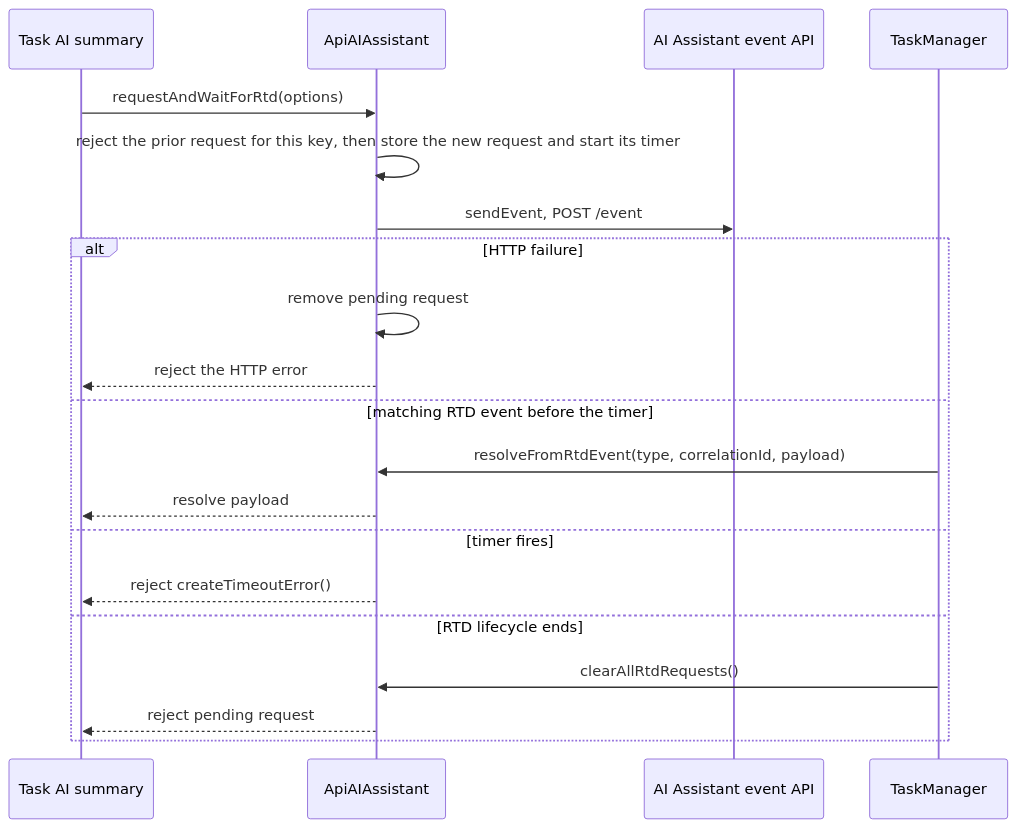
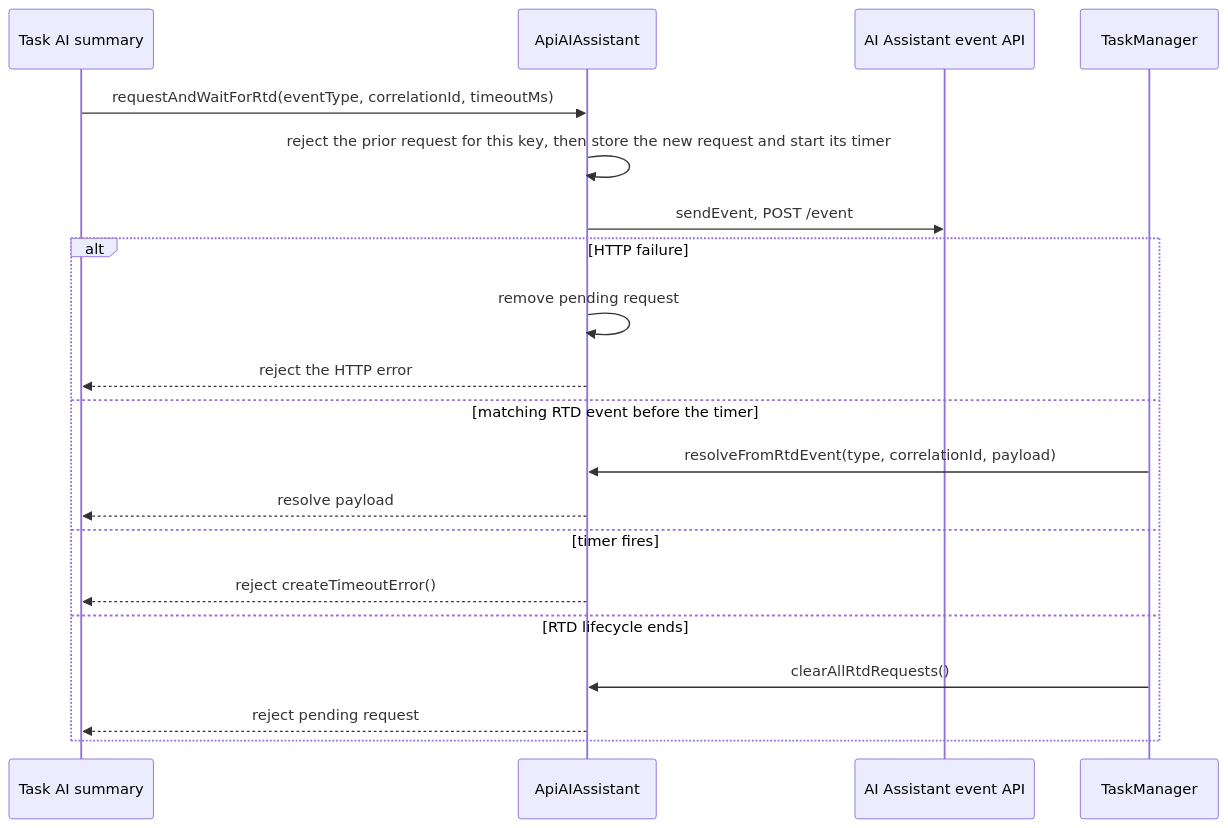
Before and after one commit to webex/webex-js-sdk: the fifth of 12 diagrams in packages/@webex/contact-center/src/services/docs/README.md, drawn with Mermaid. The commit also changed other lines of this file and 30 other files, not shown here.

````diff
--- a/packages/@webex/contact-center/src/services/docs/README.md
+++ b/packages/@webex/contact-center/src/services/docs/README.md
@@ -412,22 +412,22 @@
 ```mermaid
 sequenceDiagram
   participant T as Task AI summary
   participant AI as ApiAIAssistant
   participant SVC as AI Assistant event API
   participant TM as TaskManager
-  T->>AI: requestAndWaitForRtd(options)
+  T->>AI: requestAndWaitForRtd(eventType, correlationId, timeoutMs)
   AI->>AI: reject the prior request for this key, then store the new request and start its timer
   AI->>SVC: sendEvent, POST /event
   alt HTTP failure
     AI->>AI: remove pending request
     AI-->>T: reject the HTTP error
   else matching RTD event before the timer
     TM->>AI: resolveFromRtdEvent(type, correlationId, payload)
     AI-->>T: resolve payload
   else timer fires
     AI-->>T: reject createTimeoutError()
   else RTD lifecycle ends
     TM->>AI: clearAllRtdRequests()
     AI-->>T: reject pending request
   end
 ```
````
